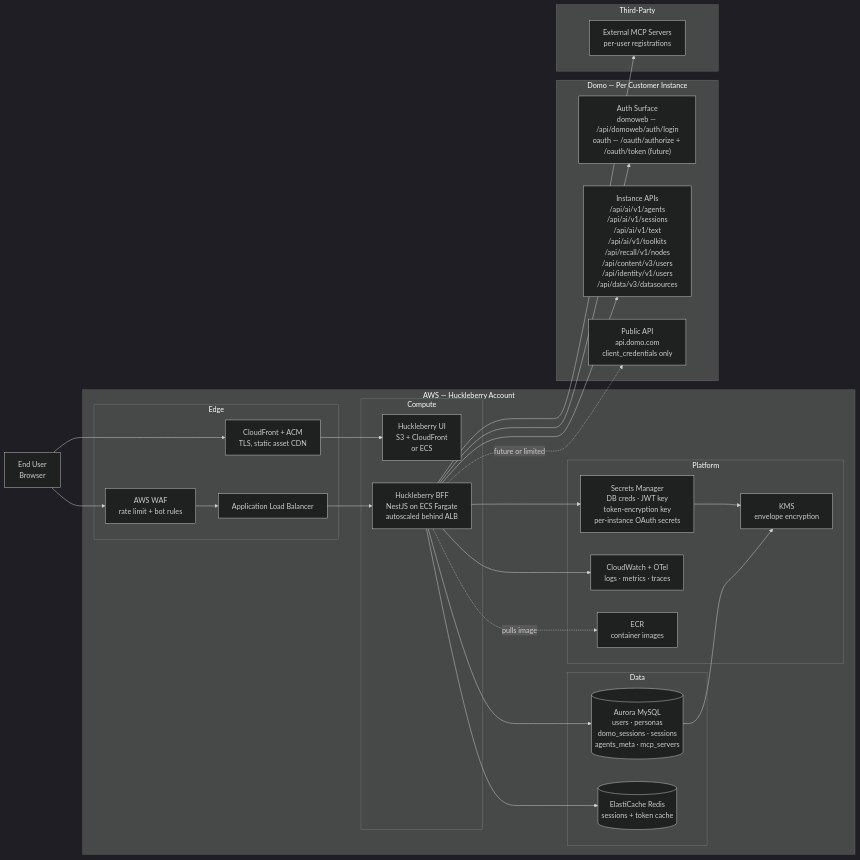
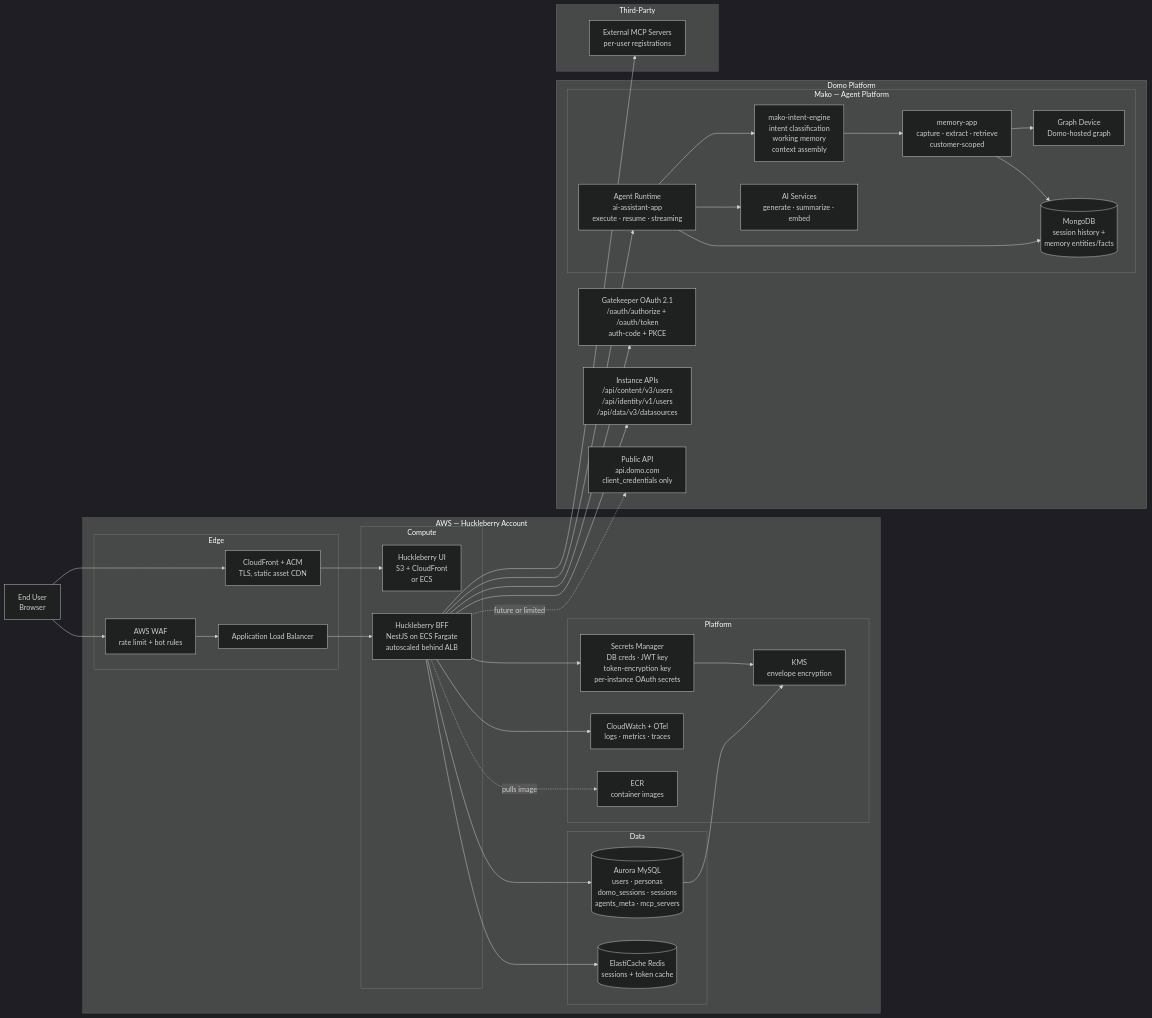
Before and after one commit to emmetuft/huckleberry-server: the diagram in docs/diagrams/system-overview.md, drawn with Mermaid (dark theme). The commit also changed other lines of this file and 7 other files, not shown here.

First line of the commit message:
docs: add CLAUDE.md for LLM coding guidelines and update diagrams for Gatekeeper OAuth 2.1 integration

````diff
--- a/docs/diagrams/system-overview.md
+++ b/docs/diagrams/system-overview.md
@@ -7,58 +7,75 @@
 ```mermaid
 graph LR
     USER[End User<br/>Browser]
 
     subgraph "AWS — Huckleberry Account"
         subgraph "Edge"
             CF[CloudFront + ACM<br/>TLS, static asset CDN]
             ALB[Application Load Balancer]
             WAF[AWS WAF<br/>rate limit + bot rules]
         end
 
         subgraph "Compute"
             UI_HOST[Huckleberry UI<br/>S3 + CloudFront<br/>or ECS]
             BFF[Huckleberry BFF<br/>NestJS on ECS Fargate<br/>autoscaled behind ALB]
         end
 
         subgraph "Data"
             AURORA[(Aurora MySQL<br/>users · personas<br/>domo_sessions · sessions<br/>agents_meta · mcp_servers)]
             REDIS[(ElastiCache Redis<br/>sessions + token cache)]
         end
 
         subgraph "Platform"
             SM[Secrets Manager<br/>DB creds · JWT key<br/>token-encryption key<br/>per-instance OAuth secrets]
             KMS[KMS<br/>envelope encryption]
             CW[CloudWatch + OTel<br/>logs · metrics · traces]
             ECR[ECR<br/>container images]
         end
     end
 
-    subgraph "Domo — Per Customer Instance"
-        DOMO_AUTH["Auth Surface<br/>domoweb — /api/domoweb/auth/login<br/>oauth — /oauth/authorize + /oauth/token (future)"]
-        DOMO_INST[Instance APIs<br/>/api/ai/v1/agents<br/>/api/ai/v1/sessions<br/>/api/ai/v1/text<br/>/api/ai/v1/toolkits<br/>/api/recall/v1/nodes<br/>/api/content/v3/users<br/>/api/identity/v1/users<br/>/api/data/v3/datasources]
+    subgraph "Domo Platform"
+        GATEKEEPER[Gatekeeper OAuth 2.1<br/>/oauth/authorize + /oauth/token<br/>auth-code + PKCE]
+
+        subgraph "Mako — Agent Platform"
+            MAKO_AGENT[Agent Runtime<br/>ai-assistant-app<br/>execute · resume · streaming]
+            INTENT_ENGINE[mako-intent-engine<br/>intent classification<br/>working memory<br/>context assembly]
+            MEMORY_APP[memory-app<br/>capture · extract · retrieve<br/>customer-scoped]
+            MAKO_AI[AI Services<br/>generate · summarize · embed]
+            MAKO_GRAPH[Graph Device<br/>Domo-hosted graph]
+            MAKO_DB[(MongoDB<br/>session history +<br/>memory entities/facts)]
+        end
+
+        DOMO_INST[Instance APIs<br/>/api/content/v3/users<br/>/api/identity/v1/users<br/>/api/data/v3/datasources]
         DOMO_PUB[Public API<br/>api.domo.com<br/>client_credentials only]
     end
 
     subgraph "Third-Party"
         MCP_EXT[External MCP Servers<br/>per-user registrations]
     end
 
     USER --> CF
     CF --> UI_HOST
     USER --> WAF
     WAF --> ALB
     ALB --> BFF
 
     BFF --> AURORA
     BFF --> REDIS
     BFF --> SM
     SM --> KMS
     AURORA --> KMS
     BFF --> CW
     BFF -.pulls image.-> ECR
 
-    BFF --> DOMO_AUTH
+    BFF --> GATEKEEPER
+    BFF --> MAKO_AGENT
+    MAKO_AGENT --> INTENT_ENGINE
+    INTENT_ENGINE --> MEMORY_APP
+    MAKO_AGENT --> MAKO_AI
+    MEMORY_APP --> MAKO_DB
+    MEMORY_APP --> MAKO_GRAPH
+    MAKO_AGENT --> MAKO_DB
     BFF --> DOMO_INST
     BFF -.future or limited.-> DOMO_PUB
     BFF --> MCP_EXT
 ```
````
